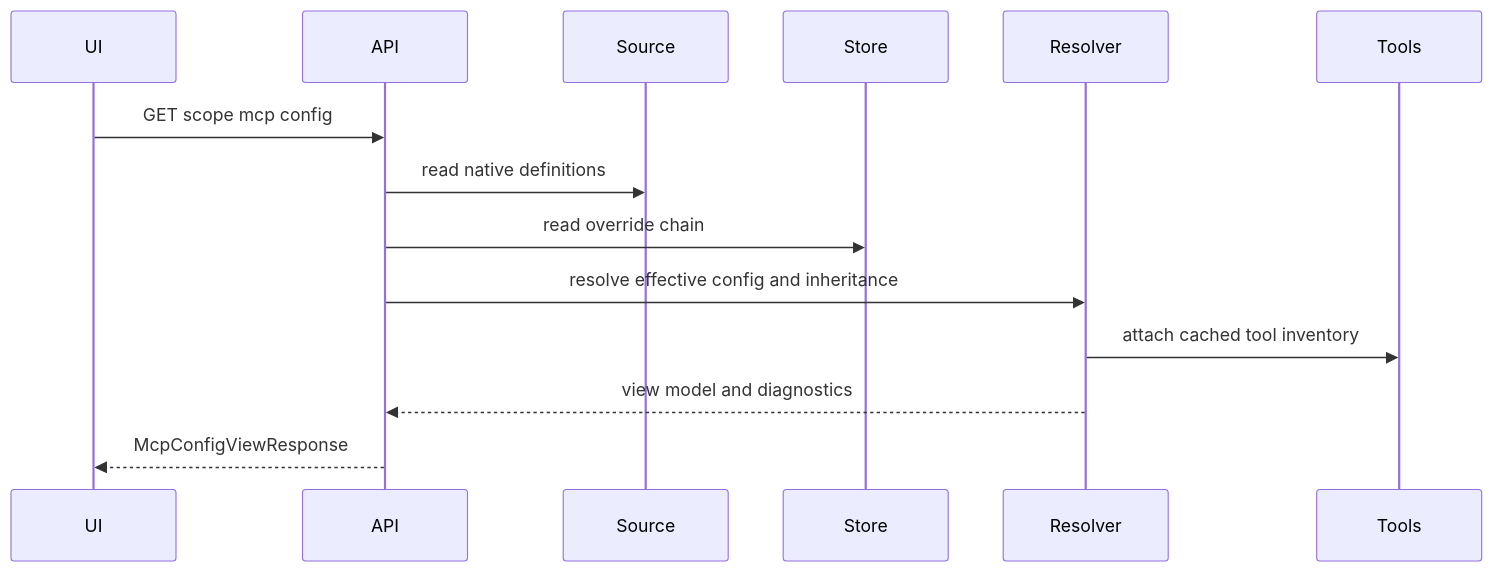
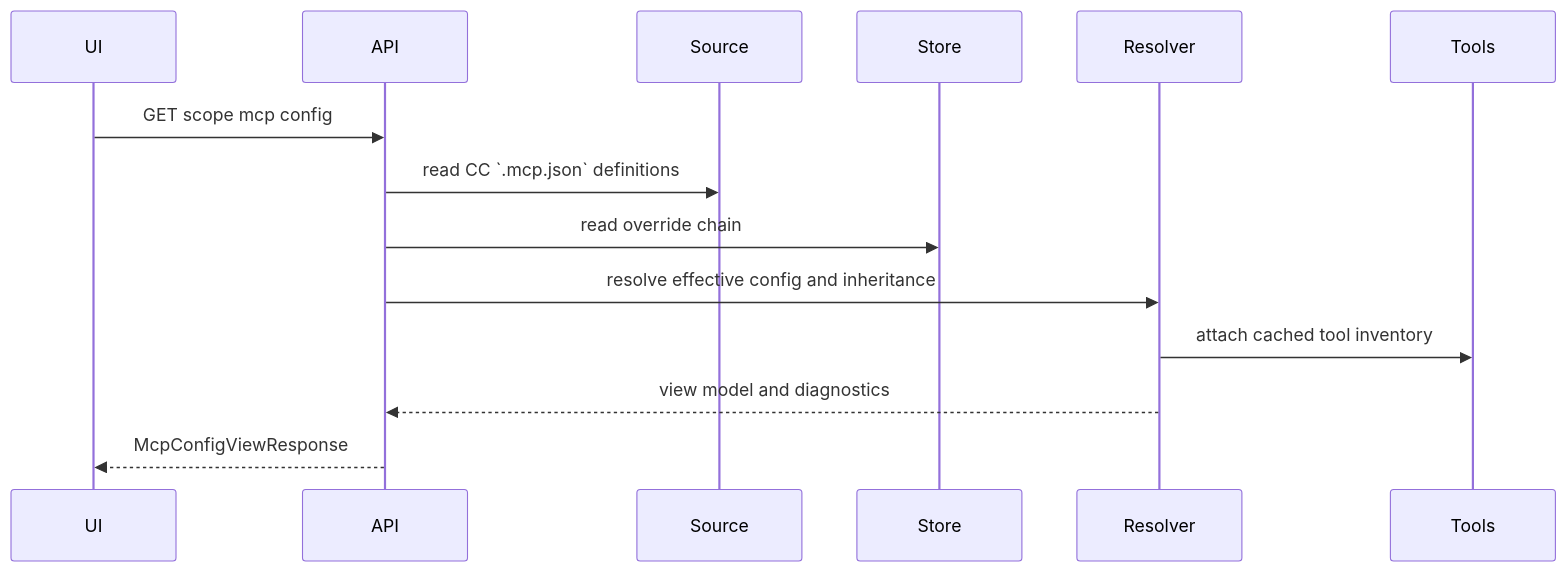
Before and after one commit to amhuppert/remote-ai-manager: the second of 6 diagrams in .kiro/specs/mcp-configuration/design.md, drawn with Mermaid. The commit also changed other lines of this file and 84 other files, not shown here.

````diff
--- a/.kiro/specs/mcp-configuration/design.md
+++ b/.kiro/specs/mcp-configuration/design.md
@@ -88,17 +88,17 @@
 ```mermaid
 sequenceDiagram
   participant UI
   participant API
   participant Source
   participant Store
   participant Resolver
   participant Tools
 
   UI->>API: GET scope mcp config
-  API->>Source: read native definitions
+  API->>Source: read CC `.mcp.json` definitions
   API->>Store: read override chain
   API->>Resolver: resolve effective config and inheritance
   Resolver->>Tools: attach cached tool inventory
   Resolver-->>API: view model and diagnostics
   API-->>UI: McpConfigViewResponse
 ```
````
